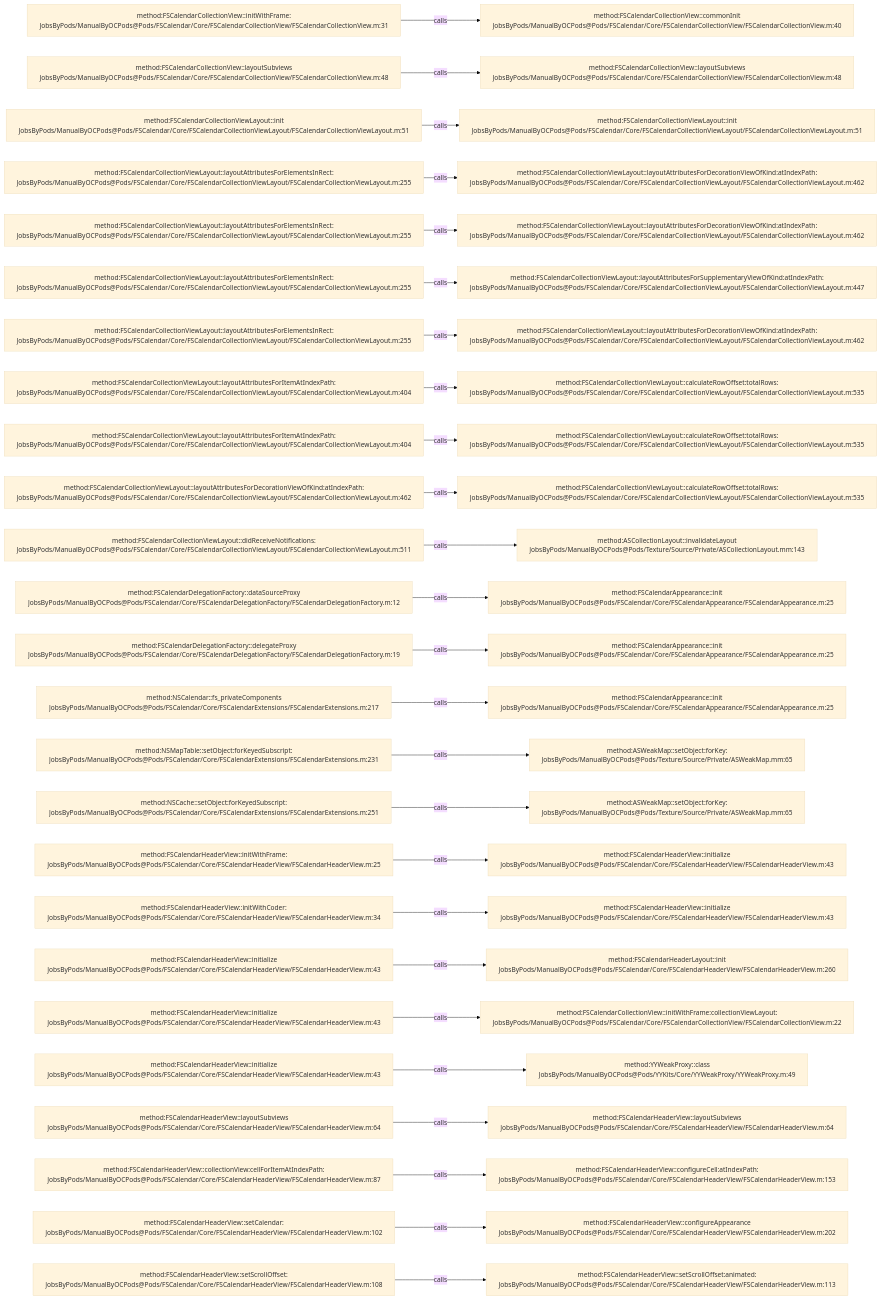
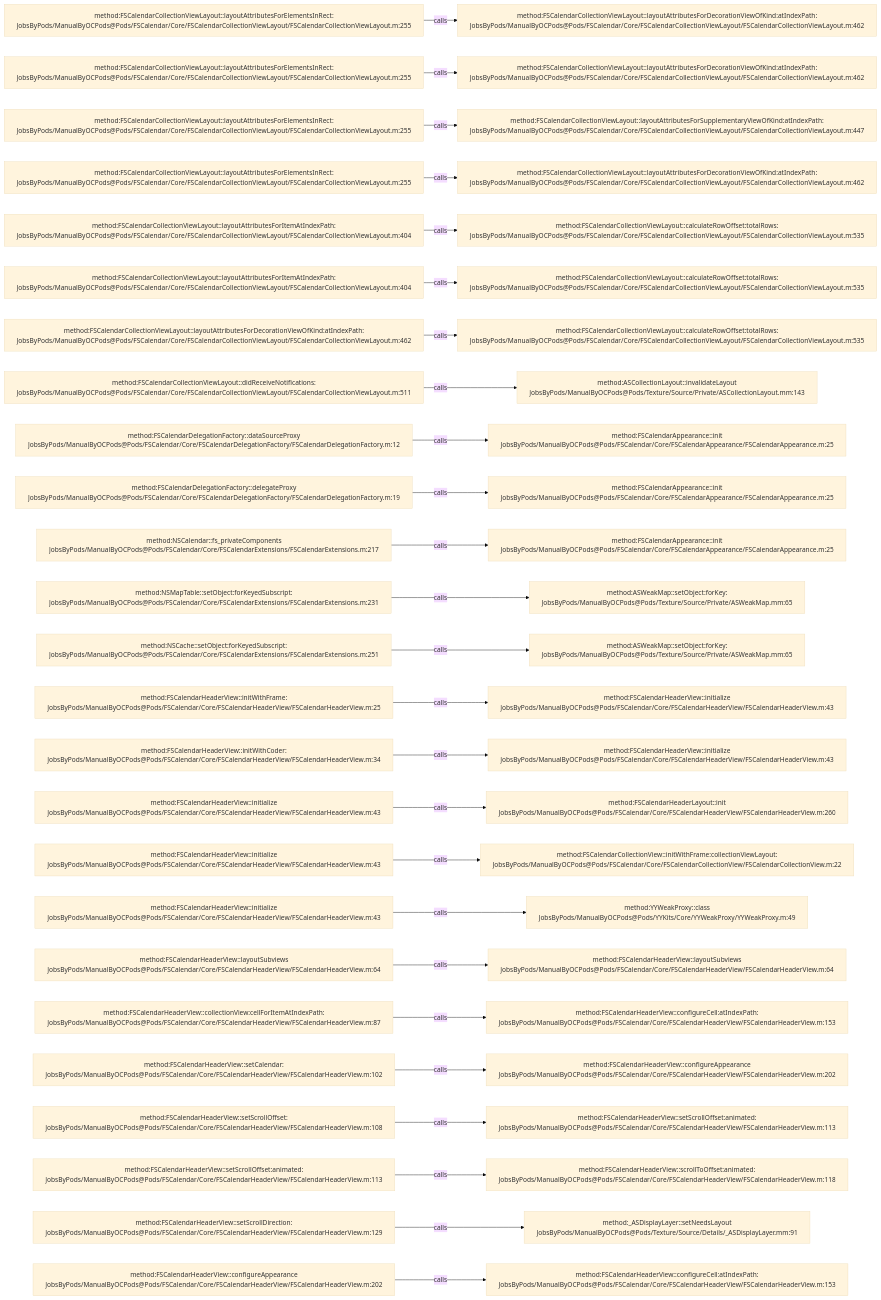
One commit to JobsKits/JobsOCBaseConfigDemo changed the diagram in .codegraph/codegraph.md/graphs/calls-020.md. Above: the diagram before and after it, drawn with Mermaid (base theme). The commit also changed 342 other files, not shown here.

````diff
--- a/.codegraph/codegraph.md/graphs/calls-020.md
+++ b/.codegraph/codegraph.md/graphs/calls-020.md
@@ -13,78 +13,78 @@
 ```mermaid
 flowchart LR
-  S1["method:FSCalendarCollectionView::initWithFrame:<br/>JobsByPods/ManualByOCPods@Pods/FSCalendar/Core/FSCalendarCollectionView/FSCalendarCollectionView.m:31"]
-  T1["method:FSCalendarCollectionView::commonInit<br/>JobsByPods/ManualByOCPods@Pods/FSCalendar/Core/FSCalendarCollectionView/FSCalendarCollectionView.m:40"]
+  S1["method:FSCalendarCollectionViewLayout::layoutAttributesForElementsInRect:<br/>JobsByPods/ManualByOCPods@Pods/FSCalendar/Core/FSCalendarCollectionViewLayout/FSCalendarCollectionViewLayout.m:255"]
+  T1["method:FSCalendarCollectionViewLayout::layoutAttributesForDecorationViewOfKind:atIndexPath:<br/>JobsByPods/ManualByOCPods@Pods/FSCalendar/Core/FSCalendarCollectionViewLayout/FSCalendarCollectionViewLayout.m:462"]
   S1 -->|calls| T1
-  S2["method:FSCalendarCollectionView::layoutSubviews<br/>JobsByPods/ManualByOCPods@Pods/FSCalendar/Core/FSCalendarCollectionView/FSCalendarCollectionView.m:48"]
-  T2["method:FSCalendarCollectionView::layoutSubviews<br/>JobsByPods/ManualByOCPods@Pods/FSCalendar/Core/FSCalendarCollectionView/FSCalendarCollectionView.m:48"]
+  S2["method:FSCalendarCollectionViewLayout::layoutAttributesForElementsInRect:<br/>JobsByPods/ManualByOCPods@Pods/FSCalendar/Core/FSCalendarCollectionViewLayout/FSCalendarCollectionViewLayout.m:255"]
+  T2["method:FSCalendarCollectionViewLayout::layoutAttributesForDecorationViewOfKind:atIndexPath:<br/>JobsByPods/ManualByOCPods@Pods/FSCalendar/Core/FSCalendarCollectionViewLayout/FSCalendarCollectionViewLayout.m:462"]
   S2 -->|calls| T2
-  S3["method:FSCalendarCollectionViewLayout::init<br/>JobsByPods/ManualByOCPods@Pods/FSCalendar/Core/FSCalendarCollectionViewLayout/FSCalendarCollectionViewLayout.m:51"]
-  T3["method:FSCalendarCollectionViewLayout::init<br/>JobsByPods/ManualByOCPods@Pods/FSCalendar/Core/FSCalendarCollectionViewLayout/FSCalendarCollectionViewLayout.m:51"]
+  S3["method:FSCalendarCollectionViewLayout::layoutAttributesForElementsInRect:<br/>JobsByPods/ManualByOCPods@Pods/FSCalendar/Core/FSCalendarCollectionViewLayout/FSCalendarCollectionViewLayout.m:255"]
+  T3["method:FSCalendarCollectionViewLayout::layoutAttributesForSupplementaryViewOfKind:atIndexPath:<br/>JobsByPods/ManualByOCPods@Pods/FSCalendar/Core/FSCalendarCollectionViewLayout/FSCalendarCollectionViewLayout.m:447"]
   S3 -->|calls| T3
   S4["method:FSCalendarCollectionViewLayout::layoutAttributesForElementsInRect:<br/>JobsByPods/ManualByOCPods@Pods/FSCalendar/Core/FSCalendarCollectionViewLayout/FSCalendarCollectionViewLayout.m:255"]
   T4["method:FSCalendarCollectionViewLayout::layoutAttributesForDecorationViewOfKind:atIndexPath:<br/>JobsByPods/ManualByOCPods@Pods/FSCalendar/Core/FSCalendarCollectionViewLayout/FSCalendarCollectionViewLayout.m:462"]
   S4 -->|calls| T4
-  S5["method:FSCalendarCollectionViewLayout::layoutAttributesForElementsInRect:<br/>JobsByPods/ManualByOCPods@Pods/FSCalendar/Core/FSCalendarCollectionViewLayout/FSCalendarCollectionViewLayout.m:255"]
-  T5["method:FSCalendarCollectionViewLayout::layoutAttributesForDecorationViewOfKind:atIndexPath:<br/>JobsByPods/ManualByOCPods@Pods/FSCalendar/Core/FSCalendarCollectionViewLayout/FSCalendarCollectionViewLayout.m:462"]
+  S5["method:FSCalendarCollectionViewLayout::layoutAttributesForItemAtIndexPath:<br/>JobsByPods/ManualByOCPods@Pods/FSCalendar/Core/FSCalendarCollectionViewLayout/FSCalendarCollectionViewLayout.m:404"]
+  T5["method:FSCalendarCollectionViewLayout::calculateRowOffset:totalRows:<br/>JobsByPods/ManualByOCPods@Pods/FSCalendar/Core/FSCalendarCollectionViewLayout/FSCalendarCollectionViewLayout.m:535"]
   S5 -->|calls| T5
-  S6["method:FSCalendarCollectionViewLayout::layoutAttributesForElementsInRect:<br/>JobsByPods/ManualByOCPods@Pods/FSCalendar/Core/FSCalendarCollectionViewLayout/FSCalendarCollectionViewLayout.m:255"]
-  T6["method:FSCalendarCollectionViewLayout::layoutAttributesForSupplementaryViewOfKind:atIndexPath:<br/>JobsByPods/ManualByOCPods@Pods/FSCalendar/Core/FSCalendarCollectionViewLayout/FSCalendarCollectionViewLayout.m:447"]
+  S6["method:FSCalendarCollectionViewLayout::layoutAttributesForItemAtIndexPath:<br/>JobsByPods/ManualByOCPods@Pods/FSCalendar/Core/FSCalendarCollectionViewLayout/FSCalendarCollectionViewLayout.m:404"]
+  T6["method:FSCalendarCollectionViewLayout::calculateRowOffset:totalRows:<br/>JobsByPods/ManualByOCPods@Pods/FSCalendar/Core/FSCalendarCollectionViewLayout/FSCalendarCollectionViewLayout.m:535"]
   S6 -->|calls| T6
-  S7["method:FSCalendarCollectionViewLayout::layoutAttributesForElementsInRect:<br/>JobsByPods/ManualByOCPods@Pods/FSCalendar/Core/FSCalendarCollectionViewLayout/FSCalendarCollectionViewLayout.m:255"]
-  T7["method:FSCalendarCollectionViewLayout::layoutAttributesForDecorationViewOfKind:atIndexPath:<br/>JobsByPods/ManualByOCPods@Pods/FSCalendar/Core/FSCalendarCollectionViewLayout/FSCalendarCollectionViewLayout.m:462"]
+  S7["method:FSCalendarCollectionViewLayout::layoutAttributesForDecorationViewOfKind:atIndexPath:<br/>JobsByPods/ManualByOCPods@Pods/FSCalendar/Core/FSCalendarCollectionViewLayout/FSCalendarCollectionViewLayout.m:462"]
+  T7["method:FSCalendarCollectionViewLayout::calculateRowOffset:totalRows:<br/>JobsByPods/ManualByOCPods@Pods/FSCalendar/Core/FSCalendarCollectionViewLayout/FSCalendarCollectionViewLayout.m:535"]
   S7 -->|calls| T7
-  S8["method:FSCalendarCollectionViewLayout::layoutAttributesForItemAtIndexPath:<br/>JobsByPods/ManualByOCPods@Pods/FSCalendar/Core/FSCalendarCollectionViewLayout/FSCalendarCollectionViewLayout.m:404"]
-  T8["method:FSCalendarCollectionViewLayout::calculateRowOffset:totalRows:<br/>JobsByPods/ManualByOCPods@Pods/FSCalendar/Core/FSCalendarCollectionViewLayout/FSCalendarCollectionViewLayout.m:535"]
+  S8["method:FSCalendarCollectionViewLayout::didReceiveNotifications:<br/>JobsByPods/ManualByOCPods@Pods/FSCalendar/Core/FSCalendarCollectionViewLayout/FSCalendarCollectionViewLayout.m:511"]
+  T8["method:ASCollectionLayout::invalidateLayout<br/>JobsByPods/ManualByOCPods@Pods/Texture/Source/Private/ASCollectionLayout.mm:143"]
   S8 -->|calls| T8
-  S9["method:FSCalendarCollectionViewLayout::layoutAttributesForItemAtIndexPath:<br/>JobsByPods/ManualByOCPods@Pods/FSCalendar/Core/FSCalendarCollectionViewLayout/FSCalendarCollectionViewLayout.m:404"]
-  T9["method:FSCalendarCollectionViewLayout::calculateRowOffset:totalRows:<br/>JobsByPods/ManualByOCPods@Pods/FSCalendar/Core/FSCalendarCollectionViewLayout/FSCalendarCollectionViewLayout.m:535"]
+  S9["method:FSCalendarDelegationFactory::dataSourceProxy<br/>JobsByPods/ManualByOCPods@Pods/FSCalendar/Core/FSCalendarDelegationFactory/FSCalendarDelegationFactory.m:12"]
+  T9["method:FSCalendarAppearance::init<br/>JobsByPods/ManualByOCPods@Pods/FSCalendar/Core/FSCalendarAppearance/FSCalendarAppearance.m:25"]
   S9 -->|calls| T9
-  S10["method:FSCalendarCollectionViewLayout::layoutAttributesForDecorationViewOfKind:atIndexPath:<br/>JobsByPods/ManualByOCPods@Pods/FSCalendar/Core/FSCalendarCollectionViewLayout/FSCalendarCollectionViewLayout.m:462"]
-  T10["method:FSCalendarCollectionViewLayout::calculateRowOffset:totalRows:<br/>JobsByPods/ManualByOCPods@Pods/FSCalendar/Core/FSCalendarCollectionViewLayout/FSCalendarCollectionViewLayout.m:535"]
+  S10["method:FSCalendarDelegationFactory::delegateProxy<br/>JobsByPods/ManualByOCPods@Pods/FSCalendar/Core/FSCalendarDelegationFactory/FSCalendarDelegationFactory.m:19"]
+  T10["method:FSCalendarAppearance::init<br/>JobsByPods/ManualByOCPods@Pods/FSCalendar/Core/FSCalendarAppearance/FSCalendarAppearance.m:25"]
   S10 -->|calls| T10
-  S11["method:FSCalendarCollectionViewLayout::didReceiveNotifications:<br/>JobsByPods/ManualByOCPods@Pods/FSCalendar/Core/FSCalendarCollectionViewLayout/FSCalendarCollectionViewLayout.m:511"]
-  T11["method:ASCollectionLayout::invalidateLayout<br/>JobsByPods/ManualByOCPods@Pods/Texture/Source/Private/ASCollectionLayout.mm:143"]
+  S11["method:NSCalendar::fs_privateComponents<br/>JobsByPods/ManualByOCPods@Pods/FSCalendar/Core/FSCalendarExtensions/FSCalendarExtensions.m:217"]
+  T11["method:FSCalendarAppearance::init<br/>JobsByPods/ManualByOCPods@Pods/FSCalendar/Core/FSCalendarAppearance/FSCalendarAppearance.m:25"]
   S11 -->|calls| T11
-  S12["method:FSCalendarDelegationFactory::dataSourceProxy<br/>JobsByPods/ManualByOCPods@Pods/FSCalendar/Core/FSCalendarDelegationFactory/FSCalendarDelegationFactory.m:12"]
-  T12["method:FSCalendarAppearance::init<br/>JobsByPods/ManualByOCPods@Pods/FSCalendar/Core/FSCalendarAppearance/FSCalendarAppearance.m:25"]
+  S12["method:NSMapTable::setObject:forKeyedSubscript:<br/>JobsByPods/ManualByOCPods@Pods/FSCalendar/Core/FSCalendarExtensions/FSCalendarExtensions.m:231"]
+  T12["method:ASWeakMap::setObject:forKey:<br/>JobsByPods/ManualByOCPods@Pods/Texture/Source/Private/ASWeakMap.mm:65"]
   S12 -->|calls| T12
-  S13["method:FSCalendarDelegationFactory::delegateProxy<br/>JobsByPods/ManualByOCPods@Pods/FSCalendar/Core/FSCalendarDelegationFactory/FSCalendarDelegationFactory.m:19"]
-  T13["method:FSCalendarAppearance::init<br/>JobsByPods/ManualByOCPods@Pods/FSCalendar/Core/FSCalendarAppearance/FSCalendarAppearance.m:25"]
+  S13["method:NSCache::setObject:forKeyedSubscript:<br/>JobsByPods/ManualByOCPods@Pods/FSCalendar/Core/FSCalendarExtensions/FSCalendarExtensions.m:251"]
+  T13["method:ASWeakMap::setObject:forKey:<br/>JobsByPods/ManualByOCPods@Pods/Texture/Source/Private/ASWeakMap.mm:65"]
   S13 -->|calls| T13
-  S14["method:NSCalendar::fs_privateComponents<br/>JobsByPods/ManualByOCPods@Pods/FSCalendar/Core/FSCalendarExtensions/FSCalendarExtensions.m:217"]
-  T14["method:FSCalendarAppearance::init<br/>JobsByPods/ManualByOCPods@Pods/FSCalendar/Core/FSCalendarAppearance/FSCalendarAppearance.m:25"]
+  S14["method:FSCalendarHeaderView::initWithFrame:<br/>JobsByPods/ManualByOCPods@Pods/FSCalendar/Core/FSCalendarHeaderView/FSCalendarHeaderView.m:25"]
+  T14["method:FSCalendarHeaderView::initialize<br/>JobsByPods/ManualByOCPods@Pods/FSCalendar/Core/FSCalendarHeaderView/FSCalendarHeaderView.m:43"]
   S14 -->|calls| T14
-  S15["method:NSMapTable::setObject:forKeyedSubscript:<br/>JobsByPods/ManualByOCPods@Pods/FSCalendar/Core/FSCalendarExtensions/FSCalendarExtensions.m:231"]
-  T15["method:ASWeakMap::setObject:forKey:<br/>JobsByPods/ManualByOCPods@Pods/Texture/Source/Private/ASWeakMap.mm:65"]
+  S15["method:FSCalendarHeaderView::initWithCoder:<br/>JobsByPods/ManualByOCPods@Pods/FSCalendar/Core/FSCalendarHeaderView/FSCalendarHeaderView.m:34"]
+  T15["method:FSCalendarHeaderView::initialize<br/>JobsByPods/ManualByOCPods@Pods/FSCalendar/Core/FSCalendarHeaderView/FSCalendarHeaderView.m:43"]
   S15 -->|calls| T15
-  S16["method:NSCache::setObject:forKeyedSubscript:<br/>JobsByPods/ManualByOCPods@Pods/FSCalendar/Core/FSCalendarExtensions/FSCalendarExtensions.m:251"]
-  T16["method:ASWeakMap::setObject:forKey:<br/>JobsByPods/ManualByOCPods@Pods/Texture/Source/Private/ASWeakMap.mm:65"]
+  S16["method:FSCalendarHeaderView::initialize<br/>JobsByPods/ManualByOCPods@Pods/FSCalendar/Core/FSCalendarHeaderView/FSCalendarHeaderView.m:43"]
+  T16["method:FSCalendarHeaderLayout::init<br/>JobsByPods/ManualByOCPods@Pods/FSCalendar/Core/FSCalendarHeaderView/FSCalendarHeaderView.m:260"]
   S16 -->|calls| T16
-  S17["method:FSCalendarHeaderView::initWithFrame:<br/>JobsByPods/ManualByOCPods@Pods/FSCalendar/Core/FSCalendarHeaderView/FSCalendarHeaderView.m:25"]
-  T17["method:FSCalendarHeaderView::initialize<br/>JobsByPods/ManualByOCPods@Pods/FSCalendar/Core/FSCalendarHeaderView/FSCalendarHeaderView.m:43"]
+  S17["method:FSCalendarHeaderView::initialize<br/>JobsByPods/ManualByOCPods@Pods/FSCalendar/Core/FSCalendarHeaderView/FSCalendarHeaderView.m:43"]
+  T17["method:FSCalendarCollectionView::initWithFrame:collectionViewLayout:<br/>JobsByPods/ManualByOCPods@Pods/FSCalendar/Core/FSCalendarCollectionView/FSCalendarCollectionView.m:22"]
   S17 -->|calls| T17
-  S18["method:FSCalendarHeaderView::initWithCoder:<br/>JobsByPods/ManualByOCPods@Pods/FSCalendar/Core/FSCalendarHeaderView/FSCalendarHeaderView.m:34"]
-  T18["method:FSCalendarHeaderView::initialize<br/>JobsByPods/ManualByOCPods@Pods/FSCalendar/Core/FSCalendarHeaderView/FSCalendarHeaderView.m:43"]
+  S18["method:FSCalendarHeaderView::initialize<br/>JobsByPods/ManualByOCPods@Pods/FSCalendar/Core/FSCalendarHeaderView/FSCalendarHeaderView.m:43"]
+  T18["method:YYWeakProxy::class<br/>JobsByPods/ManualByOCPods@Pods/YYKits/Core/YYWeakProxy/YYWeakProxy.m:49"]
   S18 -->|calls| T18
-  S19["method:FSCalendarHeaderView::initialize<br/>JobsByPods/ManualByOCPods@Pods/FSCalendar/Core/FSCalendarHeaderView/FSCalendarHeaderView.m:43"]
-  T19["method:FSCalendarHeaderLayout::init<br/>JobsByPods/ManualByOCPods@Pods/FSCalendar/Core/FSCalendarHeaderView/FSCalendarHeaderView.m:260"]
+  S19["method:FSCalendarHeaderView::layoutSubviews<br/>JobsByPods/ManualByOCPods@Pods/FSCalendar/Core/FSCalendarHeaderView/FSCalendarHeaderView.m:64"]
+  T19["method:FSCalendarHeaderView::layoutSubviews<br/>JobsByPods/ManualByOCPods@Pods/FSCalendar/Core/FSCalendarHeaderView/FSCalendarHeaderView.m:64"]
   S19 -->|calls| T19
-  S20["method:FSCalendarHeaderView::initialize<br/>JobsByPods/ManualByOCPods@Pods/FSCalendar/Core/FSCalendarHeaderView/FSCalendarHeaderView.m:43"]
-  T20["method:FSCalendarCollectionView::initWithFrame:collectionViewLayout:<br/>JobsByPods/ManualByOCPods@Pods/FSCalendar/Core/FSCalendarCollectionView/FSCalendarCollectionView.m:22"]
+  S20["method:FSCalendarHeaderView::collectionView:cellForItemAtIndexPath:<br/>JobsByPods/ManualByOCPods@Pods/FSCalendar/Core/FSCalendarHeaderView/FSCalendarHeaderView.m:87"]
+  T20["method:FSCalendarHeaderView::configureCell:atIndexPath:<br/>JobsByPods/ManualByOCPods@Pods/FSCalendar/Core/FSCalendarHeaderView/FSCalendarHeaderView.m:153"]
   S20 -->|calls| T20
-  S21["method:FSCalendarHeaderView::initialize<br/>JobsByPods/ManualByOCPods@Pods/FSCalendar/Core/FSCalendarHeaderView/FSCalendarHeaderView.m:43"]
-  T21["method:YYWeakProxy::class<br/>JobsByPods/ManualByOCPods@Pods/YYKits/Core/YYWeakProxy/YYWeakProxy.m:49"]
+  S21["method:FSCalendarHeaderView::setCalendar:<br/>JobsByPods/ManualByOCPods@Pods/FSCalendar/Core/FSCalendarHeaderView/FSCalendarHeaderView.m:102"]
+  T21["method:FSCalendarHeaderView::configureAppearance<br/>JobsByPods/ManualByOCPods@Pods/FSCalendar/Core/FSCalendarHeaderView/FSCalendarHeaderView.m:202"]
   S21 -->|calls| T21
-  S22["method:FSCalendarHeaderView::layoutSubviews<br/>JobsByPods/ManualByOCPods@Pods/FSCalendar/Core/FSCalendarHeaderView/FSCalendarHeaderView.m:64"]
-  T22["method:FSCalendarHeaderView::layoutSubviews<br/>JobsByPods/ManualByOCPods@Pods/FSCalendar/Core/FSCalendarHeaderView/FSCalendarHeaderView.m:64"]
+  S22["method:FSCalendarHeaderView::setScrollOffset:<br/>JobsByPods/ManualByOCPods@Pods/FSCalendar/Core/FSCalendarHeaderView/FSCalendarHeaderView.m:108"]
+  T22["method:FSCalendarHeaderView::setScrollOffset:animated:<br/>JobsByPods/ManualByOCPods@Pods/FSCalendar/Core/FSCalendarHeaderView/FSCalendarHeaderView.m:113"]
   S22 -->|calls| T22
-  S23["method:FSCalendarHeaderView::collectionView:cellForItemAtIndexPath:<br/>JobsByPods/ManualByOCPods@Pods/FSCalendar/Core/FSCalendarHeaderView/FSCalendarHeaderView.m:87"]
-  T23["method:FSCalendarHeaderView::configureCell:atIndexPath:<br/>JobsByPods/ManualByOCPods@Pods/FSCalendar/Core/FSCalendarHeaderView/FSCalendarHeaderView.m:153"]
+  S23["method:FSCalendarHeaderView::setScrollOffset:animated:<br/>JobsByPods/ManualByOCPods@Pods/FSCalendar/Core/FSCalendarHeaderView/FSCalendarHeaderView.m:113"]
+  T23["method:FSCalendarHeaderView::scrollToOffset:animated:<br/>JobsByPods/ManualByOCPods@Pods/FSCalendar/Core/FSCalendarHeaderView/FSCalendarHeaderView.m:118"]
   S23 -->|calls| T23
-  S24["method:FSCalendarHeaderView::setCalendar:<br/>JobsByPods/ManualByOCPods@Pods/FSCalendar/Core/FSCalendarHeaderView/FSCalendarHeaderView.m:102"]
-  T24["method:FSCalendarHeaderView::configureAppearance<br/>JobsByPods/ManualByOCPods@Pods/FSCalendar/Core/FSCalendarHeaderView/FSCalendarHeaderView.m:202"]
+  S24["method:FSCalendarHeaderView::setScrollDirection:<br/>JobsByPods/ManualByOCPods@Pods/FSCalendar/Core/FSCalendarHeaderView/FSCalendarHeaderView.m:129"]
+  T24["method:_ASDisplayLayer::setNeedsLayout<br/>JobsByPods/ManualByOCPods@Pods/Texture/Source/Details/_ASDisplayLayer.mm:91"]
   S24 -->|calls| T24
-  S25["method:FSCalendarHeaderView::setScrollOffset:<br/>JobsByPods/ManualByOCPods@Pods/FSCalendar/Core/FSCalendarHeaderView/FSCalendarHeaderView.m:108"]
-  T25["method:FSCalendarHeaderView::setScrollOffset:animated:<br/>JobsByPods/ManualByOCPods@Pods/FSCalendar/Core/FSCalendarHeaderView/FSCalendarHeaderView.m:113"]
+  S25["method:FSCalendarHeaderView::configureAppearance<br/>JobsByPods/ManualByOCPods@Pods/FSCalendar/Core/FSCalendarHeaderView/FSCalendarHeaderView.m:202"]
+  T25["method:FSCalendarHeaderView::configureCell:atIndexPath:<br/>JobsByPods/ManualByOCPods@Pods/FSCalendar/Core/FSCalendarHeaderView/FSCalendarHeaderView.m:153"]
   S25 -->|calls| T25
 ```
````
